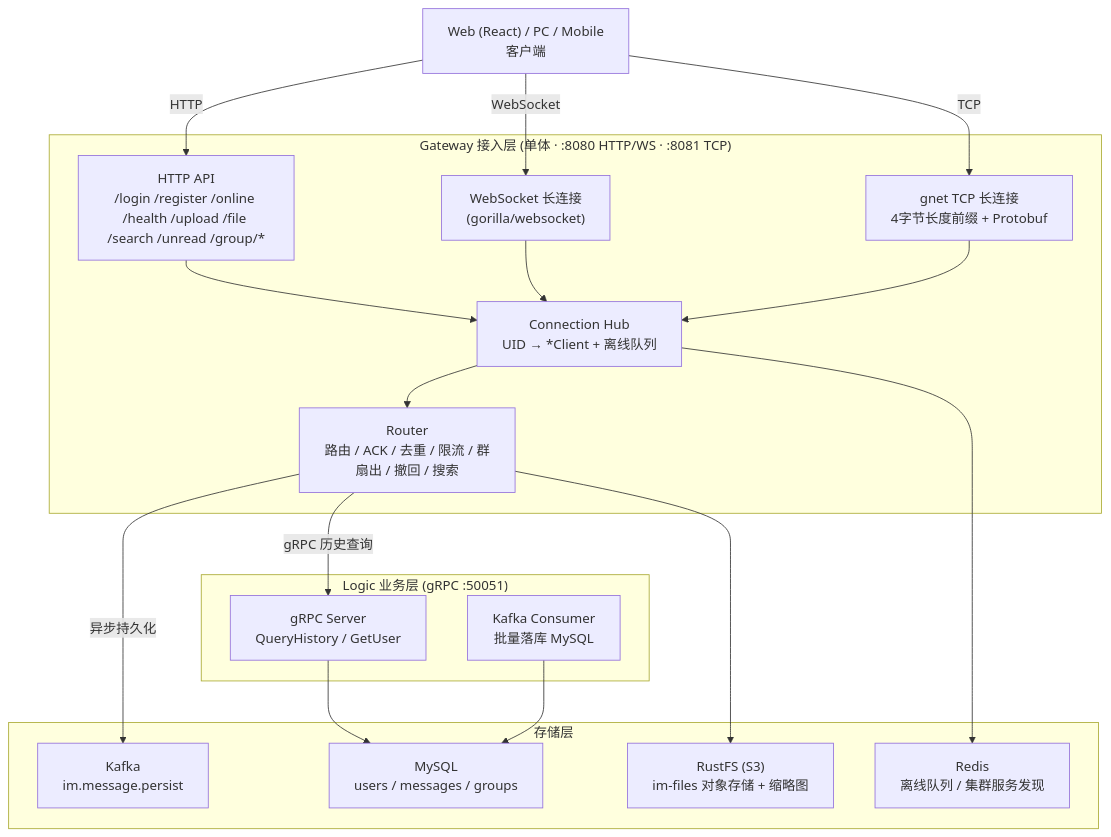
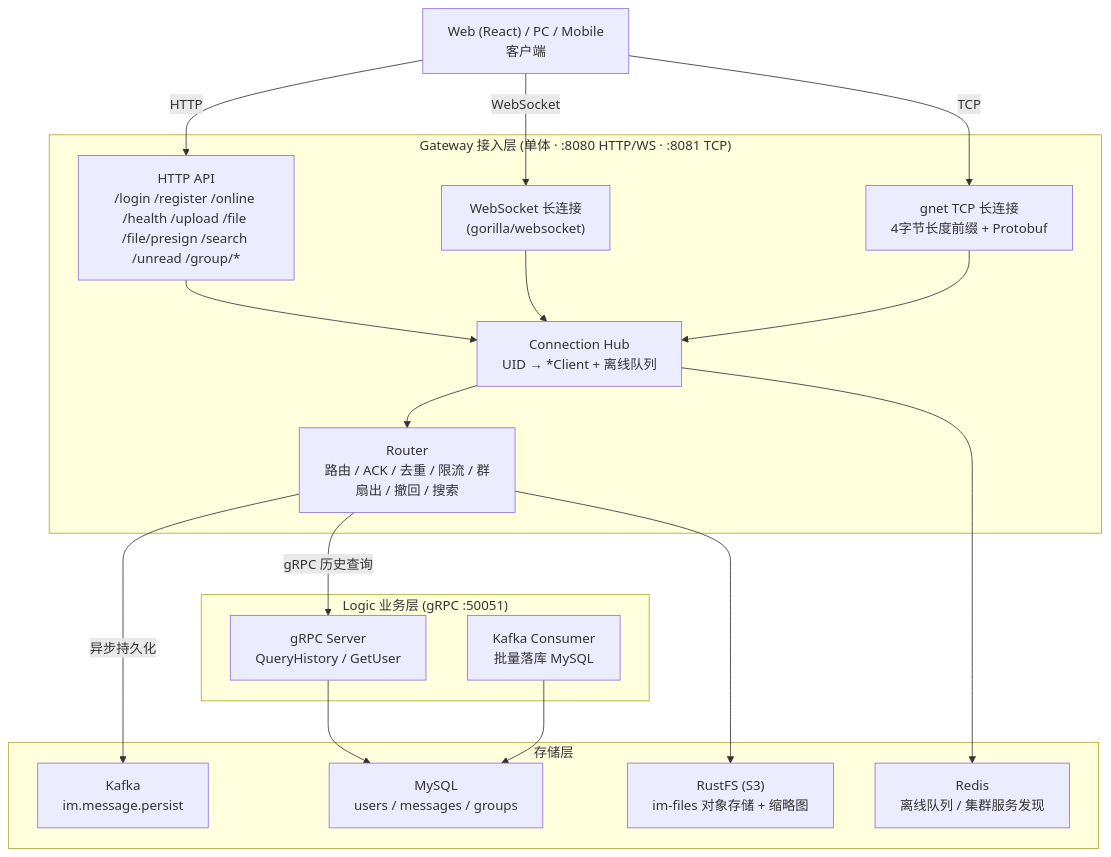
Before and after one commit to chaishuanzhu/GO-IM: the diagram in README.md, drawn with Mermaid. The commit also changed other lines of this file and 37 other files, not shown here.

````diff
--- a/README.md
+++ b/README.md
@@ -21,38 +21,38 @@
 ```mermaid
 flowchart TD
     Client["Web (React) / PC / Mobile<br/>客户端"]
 
     subgraph GW["Gateway 接入层 (单体 · :8080 HTTP/WS · :8081 TCP)"]
-        HTTP["HTTP API<br/>/login /register /online /health /upload /file /search /unread /group/*"]
+        HTTP["HTTP API<br/>/login /register /online /health /upload /file /file/presign /search /unread /group/*"]
         WS["WebSocket 长连接<br/>(gorilla/websocket)"]
         TCP["gnet TCP 长连接<br/>4字节长度前缀 + Protobuf"]
         Hub["Connection Hub<br/>UID → *Client + 离线队列"]
         Router["Router<br/>路由 / ACK / 去重 / 限流 / 群扇出 / 撤回 / 搜索"]
     end
 
     subgraph LG["Logic 业务层 (gRPC :50051)"]
         GRPC["gRPC Server<br/>QueryHistory / GetUser"]
         CONS["Kafka Consumer<br/>批量落库 MySQL"]
     end
 
     subgraph DS["存储层"]
         MYSQL["MySQL<br/>users / messages / groups"]
         REDIS["Redis<br/>离线队列 / 集群服务发现"]
         KAFKA["Kafka<br/>im.message.persist"]
         RUSTFS["RustFS (S3)<br/>im-files 对象存储 + 缩略图"]
     end
 
     Client -->|HTTP| HTTP
     Client -->|WebSocket| WS
     Client -->|TCP| TCP
     WS --> Hub
     TCP --> Hub
     HTTP --> Hub
     Hub --> Router
     Router -->|异步持久化| KAFKA
     Router -->|gRPC 历史查询| GRPC
     CONS --> MYSQL
     GRPC --> MYSQL
     Hub --> REDIS
     Router --> RUSTFS
 ```
````
